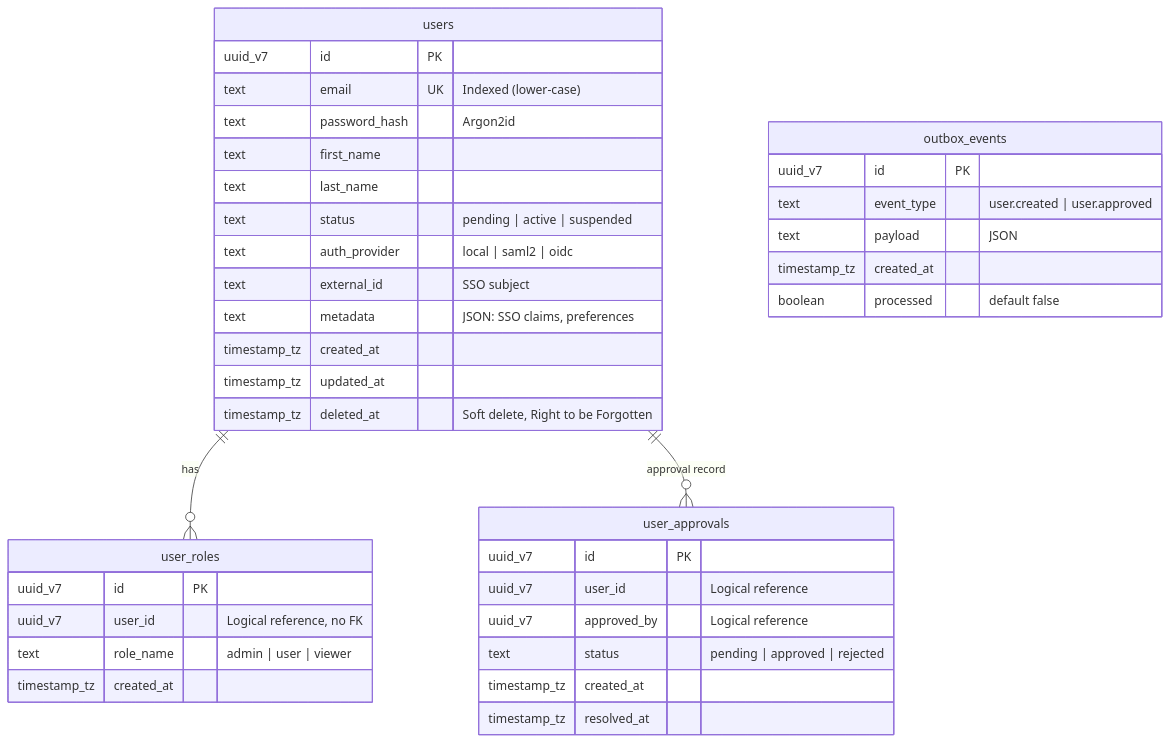
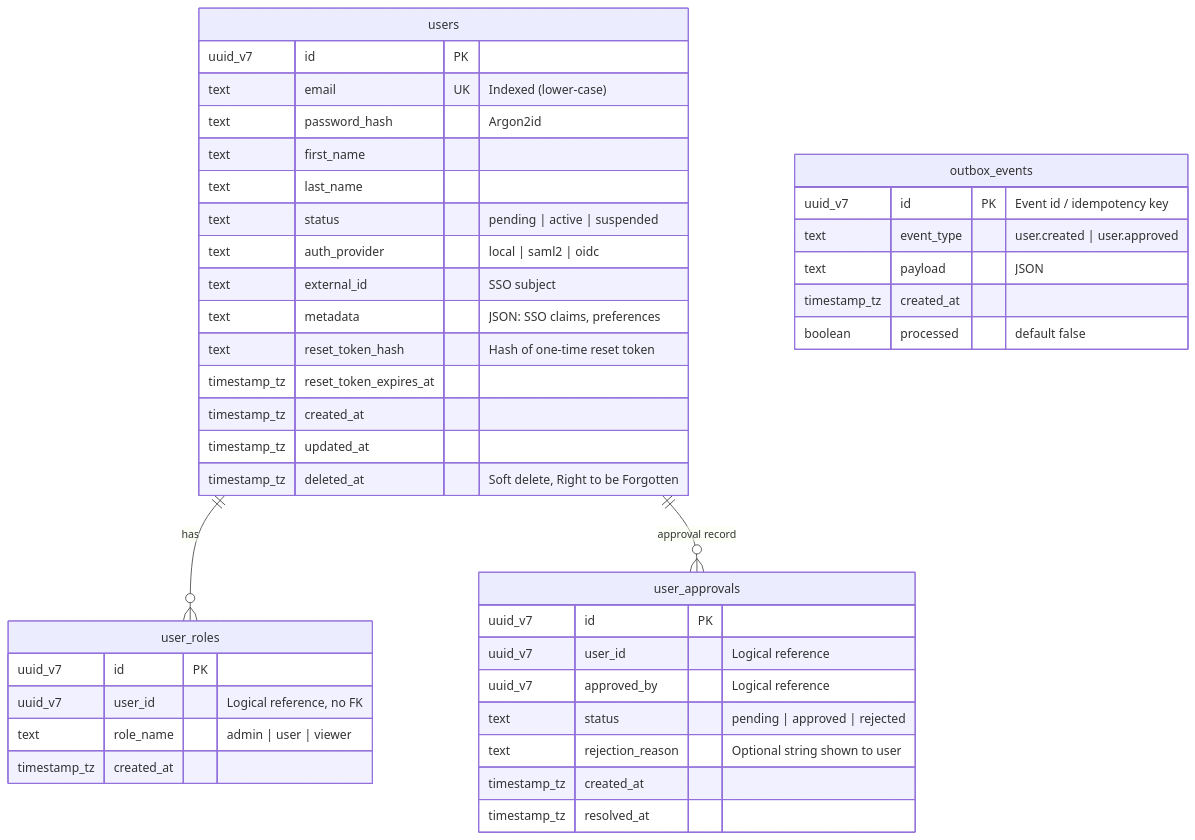
The diagram in docs/SIGNUP_USER_SERVICE_PLAN.md (rkrumins/synodic), drawn with Mermaid before and after one commit. The commit also changed other lines of this file, not shown here.

````diff
--- a/docs/SIGNUP_USER_SERVICE_PLAN.md
+++ b/docs/SIGNUP_USER_SERVICE_PLAN.md
@@ -36,44 +36,47 @@
 ```mermaid
 erDiagram
     users {
         uuid_v7 id PK
         text email UK "Indexed (lower-case)"
         text password_hash "Argon2id"
         text first_name
         text last_name
         text status "pending | active | suspended"
         text auth_provider "local | saml2 | oidc"
         text external_id "SSO subject"
         text metadata "JSON: SSO claims, preferences"
+        text reset_token_hash "Hash of one-time reset token"
+        timestamp_tz reset_token_expires_at
         timestamp_tz created_at
         timestamp_tz updated_at
         timestamp_tz deleted_at "Soft delete, Right to be Forgotten"
     }
 
     user_roles {
         uuid_v7 id PK
         uuid_v7 user_id "Logical reference, no FK"
         text role_name "admin | user | viewer"
         timestamp_tz created_at
     }
 
     user_approvals {
         uuid_v7 id PK
         uuid_v7 user_id "Logical reference"
         uuid_v7 approved_by "Logical reference"
         text status "pending | approved | rejected"
+        text rejection_reason "Optional string shown to user"
         timestamp_tz created_at
         timestamp_tz resolved_at
     }
 
     outbox_events {
-        uuid_v7 id PK
+        uuid_v7 id PK "Event id / idempotency key"
         text event_type "user.created | user.approved"
         text payload "JSON"
         timestamp_tz created_at
         boolean processed "default false"
     }
 
     users ||--o{ user_roles : has
     users ||--o{ user_approvals : "approval record"
 ```
````
